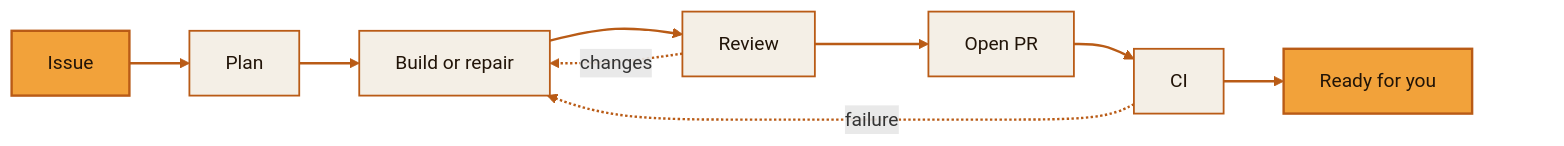
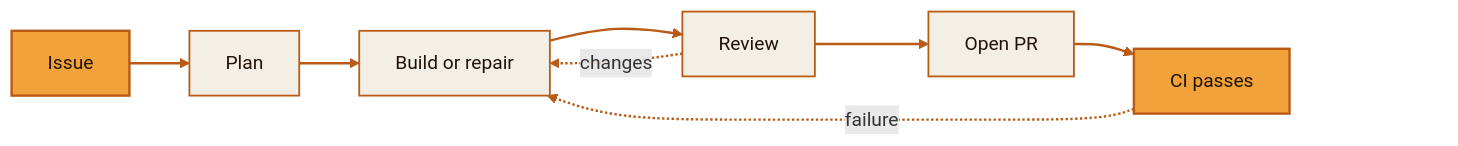
The first of 2 diagrams in README.md (owainlewis/machinist), drawn with Mermaid before and after one commit.

Commit message:
docs: keep factory flow focused

````diff
--- a/README.md
+++ b/README.md
@@ -46,15 +46,15 @@
 ```mermaid
 flowchart LR
-    ISSUE[Issue] --> PLAN[Plan] --> WORK[Build or repair] --> REVIEW[Review] --> PR[Open PR] --> CI[CI] --> READY[Ready for you]
+    ISSUE[Issue] --> PLAN[Plan] --> WORK[Build or repair] --> REVIEW[Review] --> PR[Open PR] --> CI[CI passes]
     REVIEW -.->|changes| WORK
     CI -.->|failure| WORK
-    READY ~~~ SPACE(( ))
+    CI ~~~ SPACE(( )) ~~~ SPACE2(( ))
 
     classDef step fill:#f4efe6,stroke:#b95b16,color:#211408,stroke-width:1.5px
     classDef endpoint fill:#f2a23a,stroke:#b95b16,color:#211408,stroke-width:2px
     classDef spacer fill:transparent,stroke:transparent,color:transparent
-    class PLAN,WORK,REVIEW,PR,CI step
-    class ISSUE,READY endpoint
-    class SPACE spacer
-    linkStyle 0,1,2,3,4,5,6,7 stroke:#b95b16,stroke-width:2px
+    class PLAN,WORK,REVIEW,PR step
+    class ISSUE,CI endpoint
+    class SPACE,SPACE2 spacer
+    linkStyle 0,1,2,3,4,5,6 stroke:#b95b16,stroke-width:2px
 ```
````
